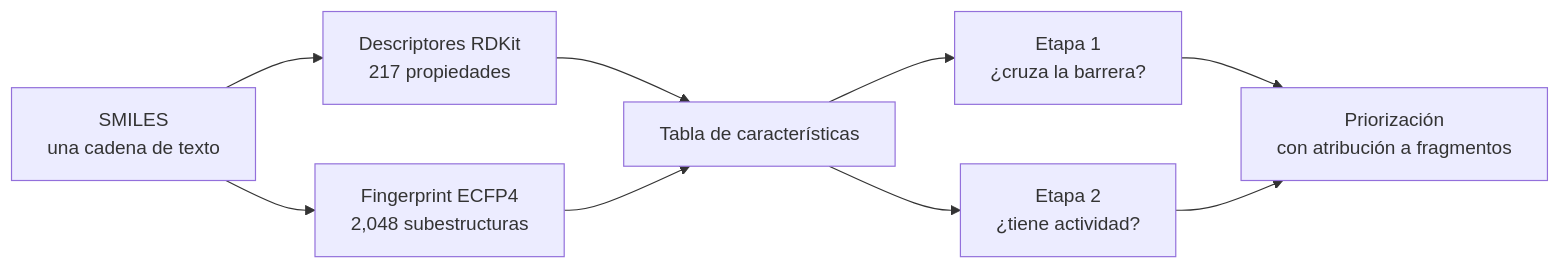
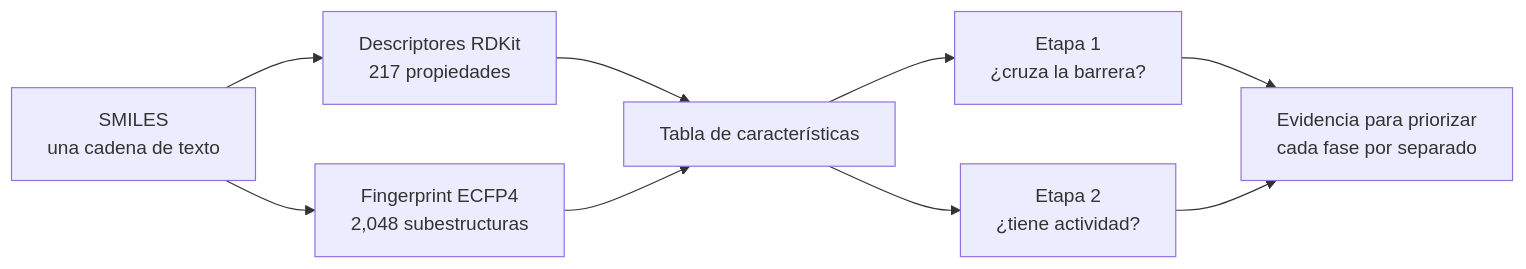
One commit to AntonioVazquezMartinez/Bioactive-AI changed the diagram in index.qmd. Above: the diagram before and after it, drawn with Mermaid. The commit also changed other lines of this file and 18 other files, not shown here.

````diff
--- a/index.qmd
+++ b/index.qmd
@@ -50,11 +74,11 @@
 ```{mermaid}
 flowchart LR
     A["SMILES<br/>una cadena de texto"] --> B["Descriptores RDKit<br/>217 propiedades"]
     A --> C["Fingerprint ECFP4<br/>2,048 subestructuras"]
     B --> D["Tabla de características"]
     C --> D
     D --> E["Etapa 1<br/>¿cruza la barrera?"]
     D --> F["Etapa 2<br/>¿tiene actividad?"]
-    E --> G["Priorización<br/>con atribución a fragmentos"]
+    E --> G["Evidencia para priorizar<br/>cada fase por separado"]
     F --> G
 ```
````
